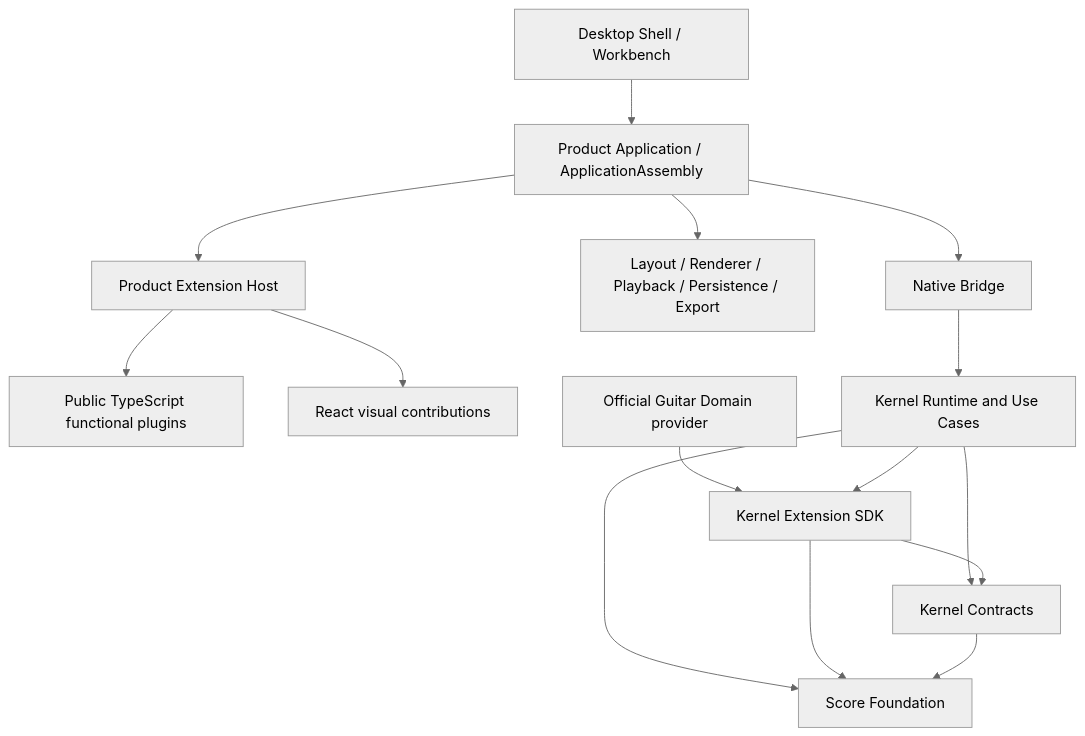
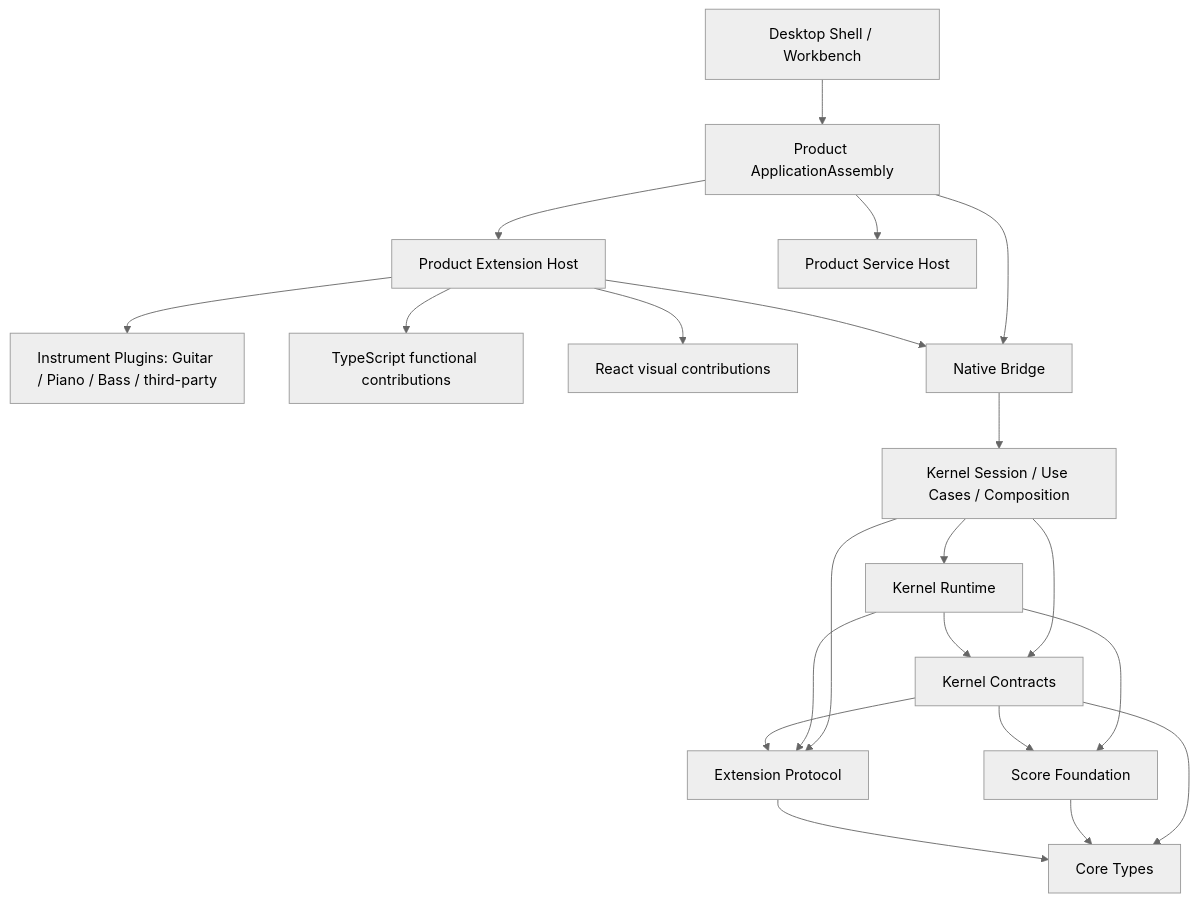
Before and after one commit to FFFAKKK/Brilliant-Guitar: the first of 6 diagrams in .trellis/tasks/08-16-brilliant-guitar-architecture-reset-v2/design.md, drawn with Mermaid (neutral theme). The commit also changed other lines of this file and 10 other files, not shown here.

Commit message:
docs(architecture): repair plugin runtime semantics

````diff
--- a/.trellis/tasks/08-16-brilliant-guitar-architecture-reset-v2/design.md
+++ b/.trellis/tasks/08-16-brilliant-guitar-architecture-reset-v2/design.md
@@ -130,30 +139,38 @@
 ```mermaid
 flowchart TB
     UI["Desktop Shell / Workbench"]
-    App["Product Application / ApplicationAssembly"]
+    App["Product ApplicationAssembly"]
     Host["Product Extension Host"]
-    PublicTS["Public TypeScript functional plugins"]
+    Instruments["Instrument Plugins: Guitar / Piano / Bass / third-party"]
+    PublicTS["TypeScript functional contributions"]
     ReactVisual["React visual contributions"]
-    Services["Layout / Renderer / Playback / Persistence / Export"]
-    Guitar["Official Guitar Domain provider"]
+    Services["Product Service Host"]
     Bridge["Native Bridge"]
-    Runtime["Kernel Runtime and Use Cases"]
-    SDK["Kernel Extension SDK"]
+    Session["Kernel Session / Use Cases / Composition"]
+    Runtime["Kernel Runtime"]
+    Extension["Extension Protocol"]
     Contracts["Kernel Contracts"]
     Score["Score Foundation"]
+    Types["Core Types"]
 
     UI --> App
     App --> Services
     App --> Bridge
     App --> Host
+    Host --> Instruments
     Host --> PublicTS
     Host --> ReactVisual
-    Bridge --> Runtime
-    Guitar --> SDK
-    Runtime --> SDK
+    Host --> Bridge
+    Bridge --> Session
+    Session --> Runtime
+    Session --> Extension
+    Session --> Contracts
     Runtime --> Contracts
+    Runtime --> Extension
     Runtime --> Score
-    SDK --> Contracts
-    SDK --> Score
     Contracts --> Score
+    Contracts --> Extension
+    Contracts --> Types
+    Score --> Types
+    Extension --> Types
 ```
````
